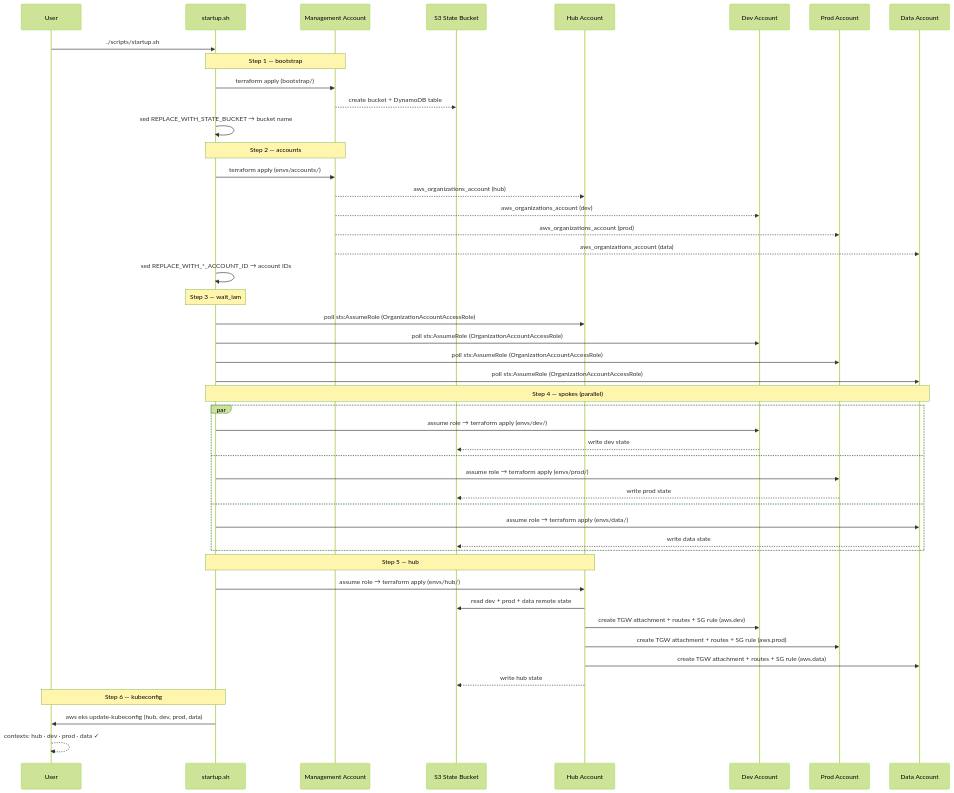
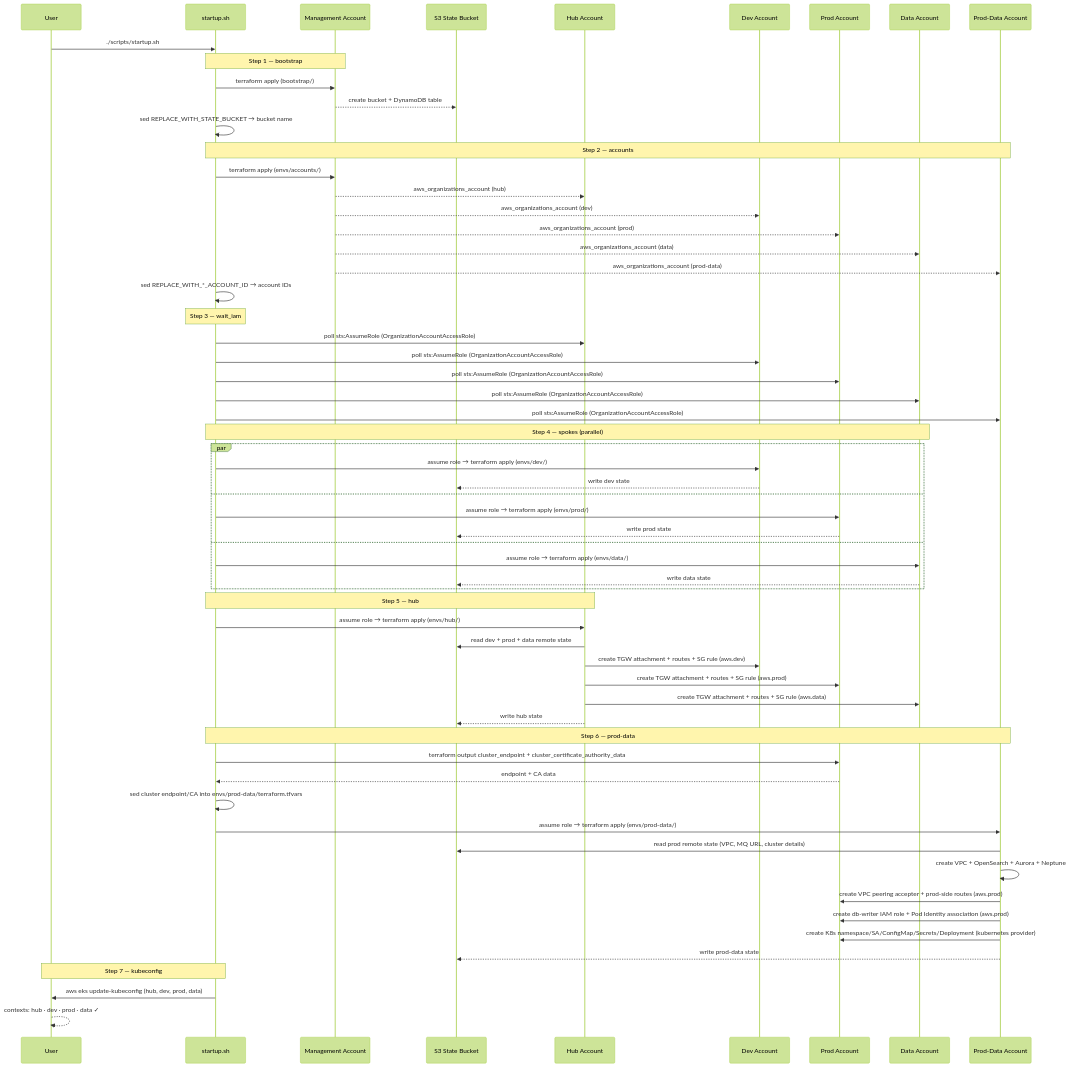
Before and after one commit to paragch/eks-hub-spoke: the eighth of 13 diagrams in docs/low-level-design.md, drawn with Mermaid (forest theme). The commit also changed other lines of this file and 1 other file, not shown here.

Commit message:
docs: fix account/component coverage gaps in README and LLD
- README: correct cluster count from 'Five' to 'Four' EKS clusters
  (hub, dev, prod, data — prod-data is database-only with no EKS)
- README: add missing modules to directory structure:
  aws-load-balancer-controller, msk, amazon-mq, jupyterhub
- LLD Section 1: update 'Four member accounts' → 'Five member accounts'
  with explicit distinction between cluster accounts and prod-data
- LLD Section 7 startup sequence: add prod-data account creation
  (Step 2), prod-data to wait_iam polling (Step 3), new Step 6
  (prod-data databases + db-writer deployment), renumber kubeconfig
  to Step 7; add PRODDATA participant to mermaid diagram
- LLD checkpoint table: reflect prod_data step in all four scripts
  (startup.sh, apply-all.sh, teardown.sh, shutdown.sh)

````diff
--- a/docs/low-level-design.md
+++ b/docs/low-level-design.md
@@ -373,56 +373,71 @@
 ```mermaid
 sequenceDiagram
   participant U  as User
   participant SH as startup.sh
   participant MGMT as Management Account
   participant S3 as S3 State Bucket
   participant HUB as Hub Account
   participant DEV as Dev Account
   participant PROD as Prod Account
   participant DATA as Data Account
+  participant PRODDATA as Prod-Data Account
 
   U->>SH: ./scripts/startup.sh
 
   Note over SH,MGMT: Step 1 — bootstrap
   SH->>MGMT: terraform apply (bootstrap/)
   MGMT-->>S3: create bucket + DynamoDB table
   SH->>SH: sed REPLACE_WITH_STATE_BUCKET → bucket name
 
-  Note over SH,MGMT: Step 2 — accounts
+  Note over SH,PRODDATA: Step 2 — accounts
   SH->>MGMT: terraform apply (envs/accounts/)
   MGMT-->>HUB: aws_organizations_account (hub)
   MGMT-->>DEV: aws_organizations_account (dev)
   MGMT-->>PROD: aws_organizations_account (prod)
   MGMT-->>DATA: aws_organizations_account (data)
+  MGMT-->>PRODDATA: aws_organizations_account (prod-data)
   SH->>SH: sed REPLACE_WITH_*_ACCOUNT_ID → account IDs
 
   Note over SH: Step 3 — wait_iam
-  SH->>HUB:  poll sts:AssumeRole (OrganizationAccountAccessRole)
-  SH->>DEV:  poll sts:AssumeRole (OrganizationAccountAccessRole)
-  SH->>PROD: poll sts:AssumeRole (OrganizationAccountAccessRole)
-  SH->>DATA: poll sts:AssumeRole (OrganizationAccountAccessRole)
+  SH->>HUB:      poll sts:AssumeRole (OrganizationAccountAccessRole)
+  SH->>DEV:      poll sts:AssumeRole (OrganizationAccountAccessRole)
+  SH->>PROD:     poll sts:AssumeRole (OrganizationAccountAccessRole)
+  SH->>DATA:     poll sts:AssumeRole (OrganizationAccountAccessRole)
+  SH->>PRODDATA: poll sts:AssumeRole (OrganizationAccountAccessRole)
 
   Note over SH,DATA: Step 4 — spokes (parallel)
   par
     SH->>DEV: assume role → terraform apply (envs/dev/)
     DEV-->>S3: write dev state
   and
     SH->>PROD: assume role → terraform apply (envs/prod/)
     PROD-->>S3: write prod state
   and
     SH->>DATA: assume role → terraform apply (envs/data/)
     DATA-->>S3: write data state
   end
 
   Note over SH,HUB: Step 5 — hub
   SH->>HUB: assume role → terraform apply (envs/hub/)
   HUB->>S3: read dev + prod + data remote state
   HUB->>DEV:  create TGW attachment + routes + SG rule (aws.dev)
   HUB->>PROD: create TGW attachment + routes + SG rule (aws.prod)
   HUB->>DATA: create TGW attachment + routes + SG rule (aws.data)
   HUB-->>S3: write hub state
 
-  Note over SH,U: Step 6 — kubeconfig
+  Note over SH,PRODDATA: Step 6 — prod-data
+  SH->>PROD: terraform output cluster_endpoint + cluster_certificate_authority_data
+  PROD-->>SH: endpoint + CA data
+  SH->>SH: sed cluster endpoint/CA into envs/prod-data/terraform.tfvars
+  SH->>PRODDATA: assume role → terraform apply (envs/prod-data/)
+  PRODDATA->>S3: read prod remote state (VPC, MQ URL, cluster details)
+  PRODDATA->>PRODDATA: create VPC + OpenSearch + Aurora + Neptune
+  PRODDATA->>PROD: create VPC peering accepter + prod-side routes (aws.prod)
+  PRODDATA->>PROD: create db-writer IAM role + Pod Identity association (aws.prod)
+  PRODDATA->>PROD: create K8s namespace/SA/ConfigMap/Secrets/Deployment (kubernetes provider)
+  PRODDATA-->>S3: write prod-data state
+
+  Note over SH,U: Step 7 — kubeconfig
   SH->>U: aws eks update-kubeconfig (hub, dev, prod, data)
   U-->>U: contexts: hub · dev · prod · data ✓
 ```
````
